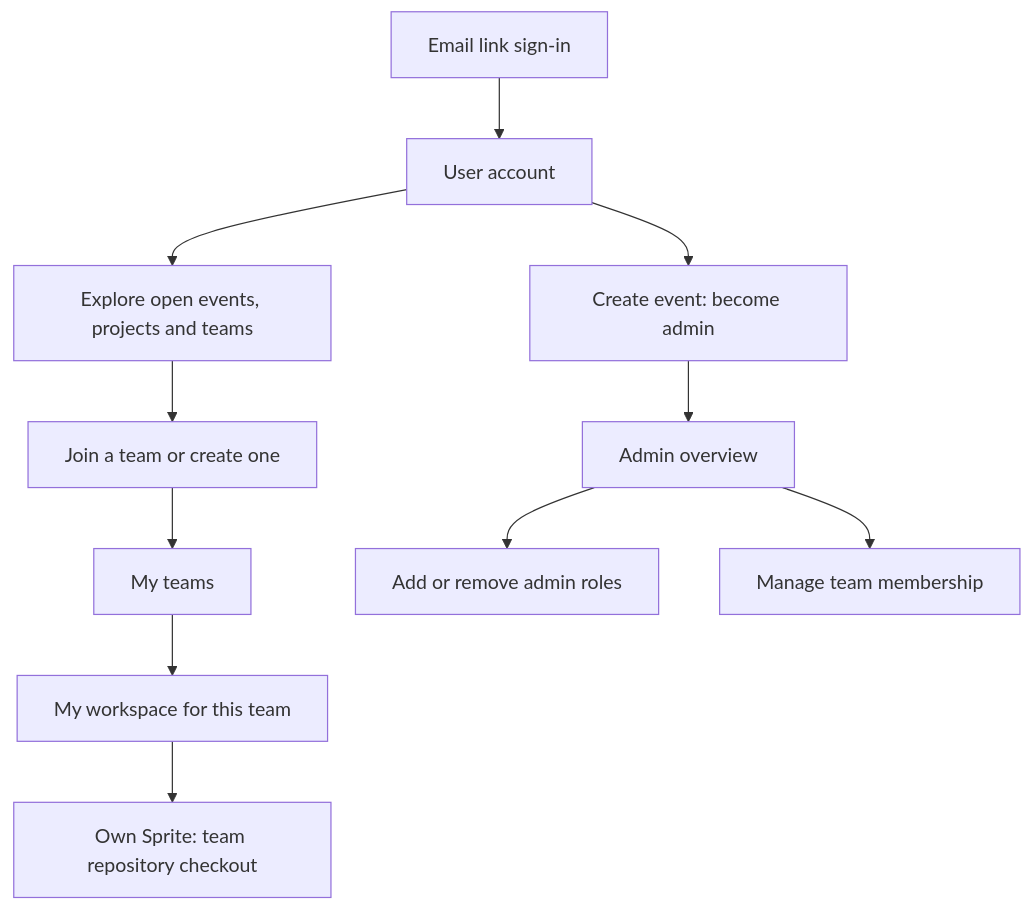
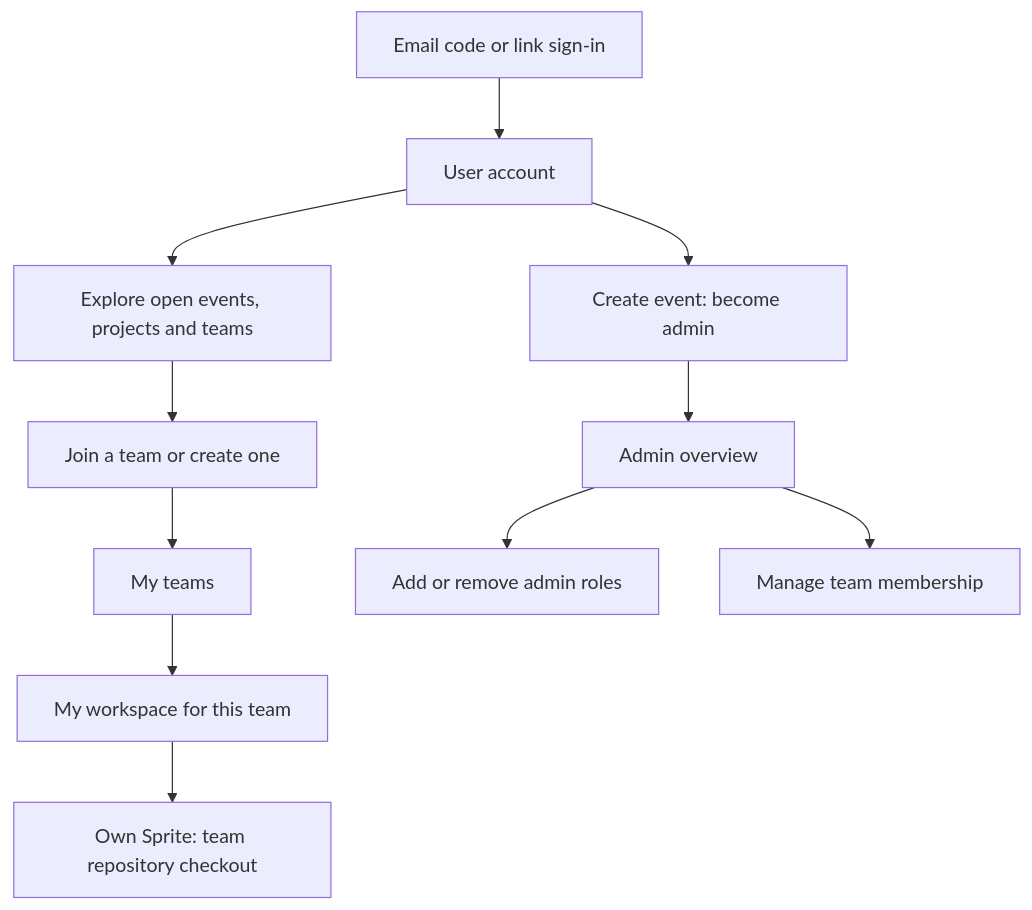
One commit to jvanderberg/civic-spark changed the diagram in docs/product.md. Above: the diagram before and after it, drawn with Mermaid. The commit also changed other lines of this file and 16 other files, not shown here.

First line of the commit message:
Send a sign-in code with the email link and add a Gmail setup preset

````diff
--- a/docs/product.md
+++ b/docs/product.md
@@ -11,13 +11,13 @@
 ```mermaid
 flowchart TD
-  Login[Email link sign-in] --> User[User account]
+  Login[Email code or link sign-in] --> User[User account]
   User --> Create[Create event: become admin]
   User --> Discover[Explore open events, projects and teams]
   Discover --> Join[Join a team or create one]
   Join --> MyTeams[My teams]
   MyTeams --> Workspace[My workspace for this team]
   Workspace --> Sprite[Own Sprite: team repository checkout]
   Create --> Overview[Admin overview]
   Overview --> Roles[Add or remove admin roles]
   Overview --> Membership[Manage team membership]
 ```
````
